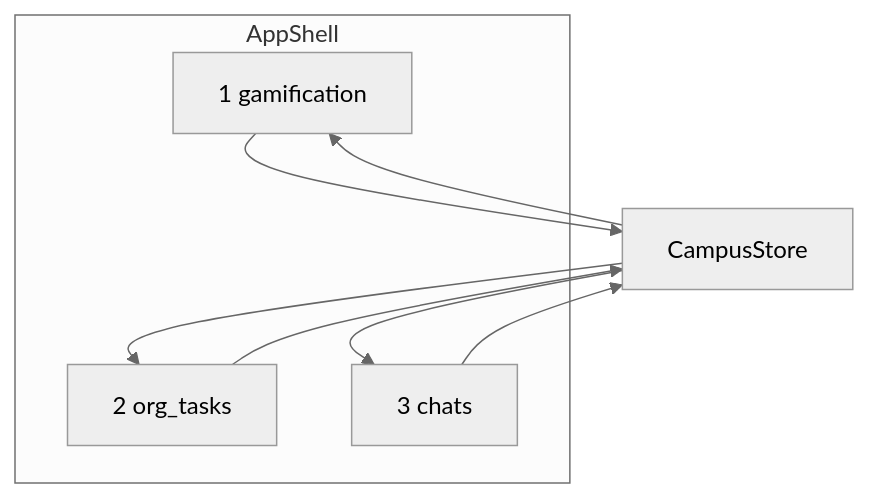
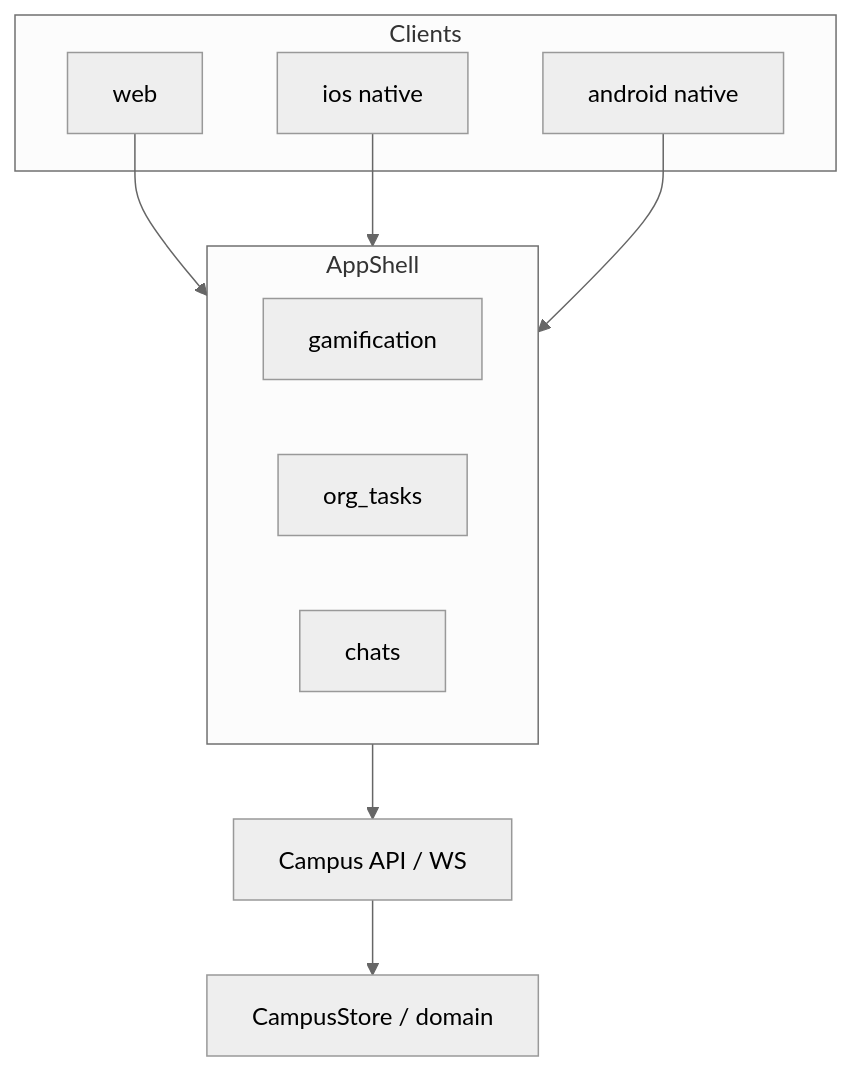
Before and after one commit to sodawave/agent-campus: the third of 3 diagrams in docs/TECH_SPEC.md, drawn with Mermaid (neutral theme). The commit also changed other lines of this file and 2 other files, not shown here.

````diff
--- a/docs/TECH_SPEC.md
+++ b/docs/TECH_SPEC.md
@@ -438,15 +435,20 @@
 ```mermaid
 flowchart TB
+  subgraph clients [Clients]
+    Web[web]
+    iOS[ios native]
+    And[android native]
+  end
   subgraph screens [AppShell]
-    G[1 gamification]
-    O[2 org_tasks]
-    C[3 chats]
+    G[gamification]
+    O[org_tasks]
+    C[chats]
   end
-  Store[CampusStore]
-  G --> Store
-  O --> Store
-  C --> Store
-  Store --> G
-  Store --> O
-  Store --> C
+  API[Campus API / WS]
+  Store[CampusStore / domain]
+  Web --> screens
+  iOS --> screens
+  And --> screens
+  screens --> API
+  API --> Store
 ```
````
